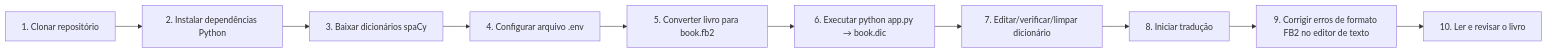
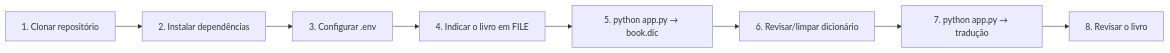
Before and after one commit to NW15D/sunny-narrator: the diagram in README_PT.md, drawn with Mermaid. The commit also changed other lines of this file and 14 other files, not shown here.

````diff
--- a/README_PT.md
+++ b/README_PT.md
@@ -14,12 +27,10 @@
 ```mermaid
 flowchart LR
-    A[1. Clonar repositório] --> B[2. Instalar dependências Python]
-    B --> C[3. Baixar dicionários spaCy]
-    C --> D[4. Configurar arquivo .env]
-    D --> E[5. Converter livro para book.fb2]
-    E --> F[6. Executar python app.py → book.dic]
-    F --> G[7. Editar/verificar/limpar dicionário]
-    G --> H[8. Iniciar tradução]
-    H --> I[9. Corrigir erros de formato FB2 no editor de texto]
-    I --> J[10. Ler e revisar o livro]
+    A[1. Clonar repositório] --> B[2. Instalar dependências]
+    B --> C[3. Configurar .env]
+    C --> D[4. Indicar o livro em FILE]
+    D --> E[5. python app.py → book.dic]
+    E --> F[6. Revisar/limpar dicionário]
+    F --> G[7. python app.py → tradução]
+    G --> H[8. Revisar o livro]
 ```
````
